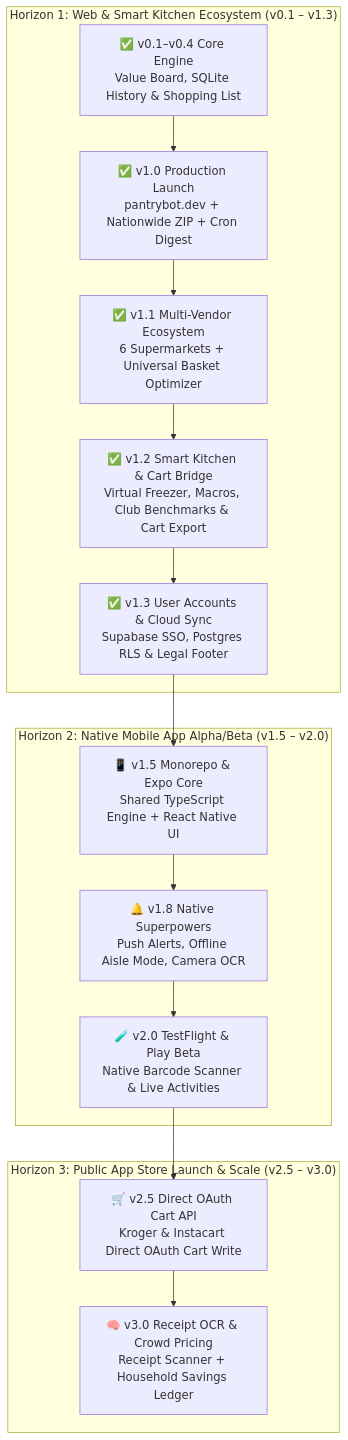
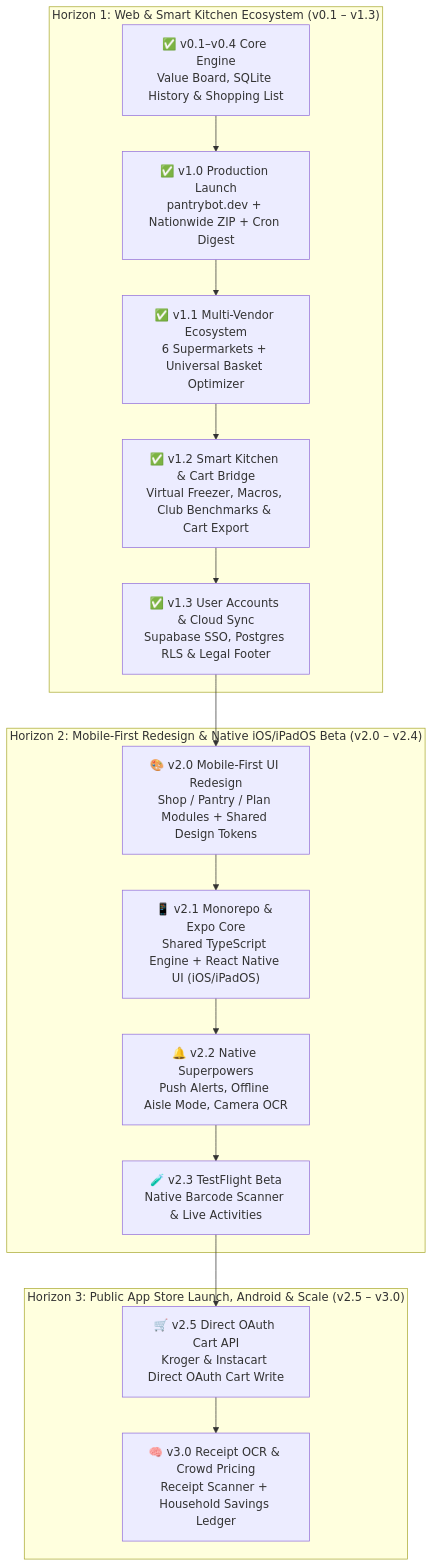
The first of 2 diagrams in docs/wiki/Long-Term-Mobile-and-Expansion-Roadmap.md (kchavez05/produce-price-tracker), drawn with Mermaid before and after one commit. The commit also changed other lines of this file and 1 other file, not shown here.

Commit message:
docs: re-slot native app roadmap behind v2.0 redesign (#670)
Native alpha/beta moves from v1.5-v2.0 to v2.1+ (iOS/iPadOS first, Android
after); v2.0 is the mobile-first web redesign.

````diff
--- a/docs/wiki/Long-Term-Mobile-and-Expansion-Roadmap.md
+++ b/docs/wiki/Long-Term-Mobile-and-Expansion-Roadmap.md
@@ -9,24 +11,25 @@
 ```mermaid
 flowchart TD
     subgraph H1["Horizon 1: Web & Smart Kitchen Ecosystem (v0.1 – v1.3)"]
         P1["✅ v0.1–v0.4 Core Engine\nValue Board, SQLite History & Shopping List"]
         P2["✅ v1.0 Production Launch\npantrybot.dev + Nationwide ZIP + Cron Digest"]
         P3["✅ v1.1 Multi-Vendor Ecosystem\n6 Supermarkets + Universal Basket Optimizer"]
         P4["✅ v1.2 Smart Kitchen & Cart Bridge\nVirtual Freezer, Macros, Club Benchmarks & Cart Export"]
         P5["✅ v1.3 User Accounts & Cloud Sync\nSupabase SSO, Postgres RLS & Legal Footer"]
         P1 --> P2 --> P3 --> P4 --> P5
     end
 
-    subgraph H2["Horizon 2: Native Mobile App Alpha/Beta (v1.5 – v2.0)"]
-        M1["📱 v1.5 Monorepo & Expo Core\nShared TypeScript Engine + React Native UI"]
-        M2["🔔 v1.8 Native Superpowers\nPush Alerts, Offline Aisle Mode, Camera OCR"]
-        M3["🧪 v2.0 TestFlight & Play Beta\nNative Barcode Scanner & Live Activities"]
-        P5 --> M1 --> M2 --> M3
+    subgraph H2["Horizon 2: Mobile-First Redesign & Native iOS/iPadOS Beta (v2.0 – v2.4)"]
+        M0["🎨 v2.0 Mobile-First UI Redesign\nShop / Pantry / Plan Modules + Shared Design Tokens"]
+        M1["📱 v2.1 Monorepo & Expo Core\nShared TypeScript Engine + React Native UI (iOS/iPadOS)"]
+        M2["🔔 v2.2 Native Superpowers\nPush Alerts, Offline Aisle Mode, Camera OCR"]
+        M3["🧪 v2.3 TestFlight Beta\nNative Barcode Scanner & Live Activities"]
+        P5 --> M0 --> M1 --> M2 --> M3
     end
 
-    subgraph H3["Horizon 3: Public App Store Launch & Scale (v2.5 – v3.0)"]
+    subgraph H3["Horizon 3: Public App Store Launch, Android & Scale (v2.5 – v3.0)"]
         S1["🛒 v2.5 Direct OAuth Cart API\nKroger & Instacart Direct OAuth Cart Write"]
         S2["🧠 v3.0 Receipt OCR & Crowd Pricing\nReceipt Scanner + Household Savings Ledger"]
         M3 --> S1 --> S2
     end
 ```
````
